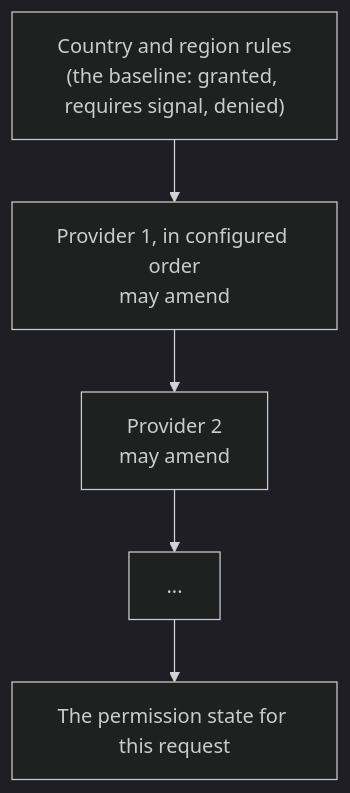
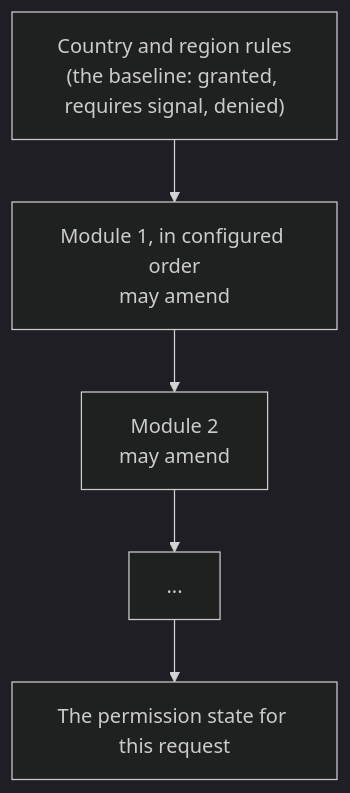
The diagram in docs/guide/permission-signals.md (IABTechLab/trusted-server), drawn with Mermaid (dark theme) before and after one commit. The commit also changed other lines of this file and 54 other files, not shown here.

````diff
--- a/docs/guide/permission-signals.md
+++ b/docs/guide/permission-signals.md
@@ -51,7 +51,7 @@
 ```mermaid
 flowchart TD
     B["Country and region rules<br/>(the baseline: granted, requires signal, denied)"] --> P1
-    P1["Provider 1, in configured order<br/>may amend"] --> P2
-    P2["Provider 2<br/>may amend"] --> PN
+    P1["Module 1, in configured order<br/>may amend"] --> P2
+    P2["Module 2<br/>may amend"] --> PN
     PN["..."] --> S["The permission state for this request"]
 ```
````
